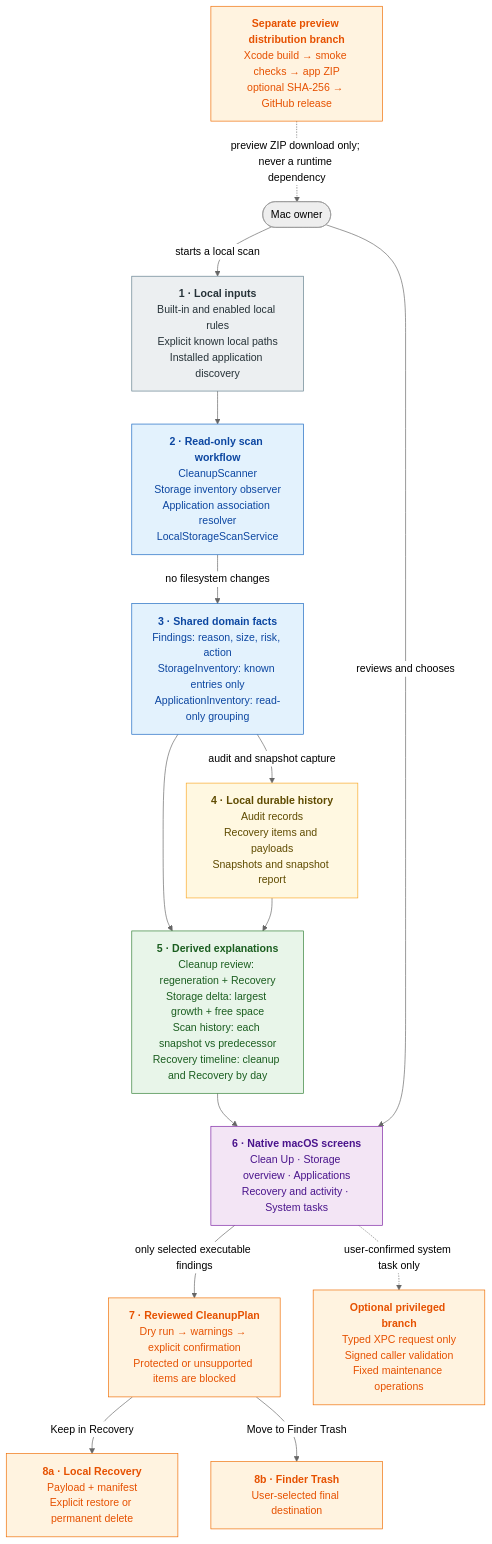
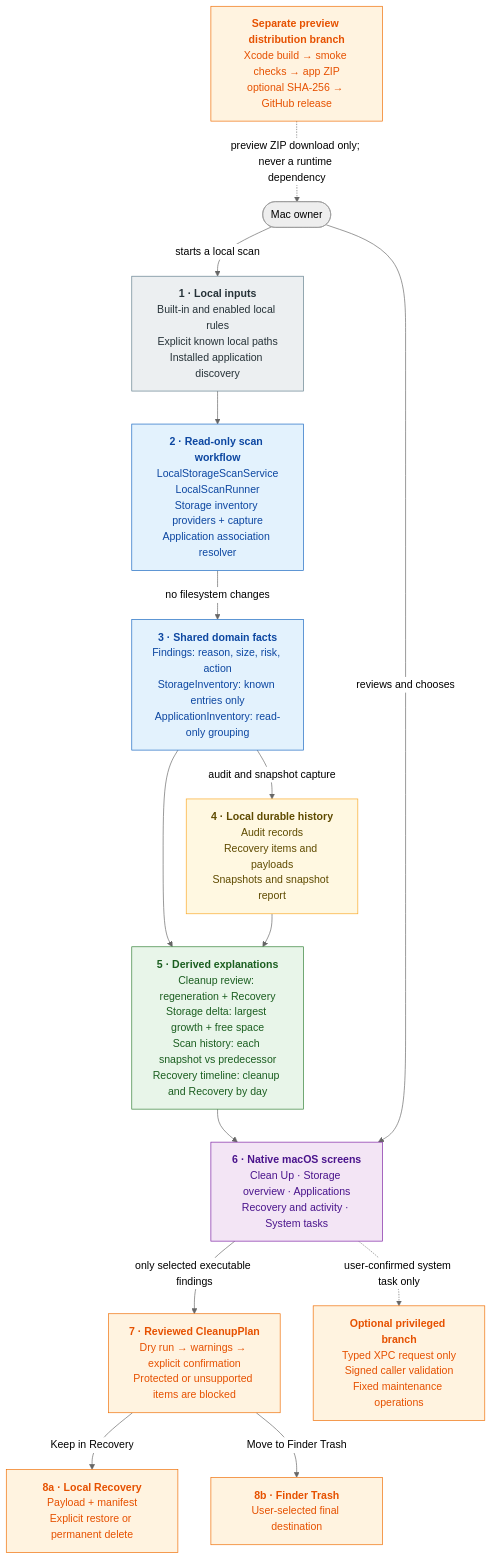
Before and after one commit to IanHanna12/secondWind: the diagram in Docs/ARCHITECTURE.md, drawn with Mermaid (neutral theme). The commit also changed 30 other files, not shown here.

````diff
--- a/Docs/ARCHITECTURE.md
+++ b/Docs/ARCHITECTURE.md
@@ -6,52 +6,52 @@
 ```mermaid
 flowchart TB
     Person([Mac owner])
 
     Input["<b>1 · Local inputs</b><br/>Built-in and enabled local rules<br/>Explicit known local paths<br/>Installed application discovery"]
 
-    Scan["<b>2 · Read-only scan workflow</b><br/>CleanupScanner<br/>Storage inventory observer<br/>Application association resolver<br/>LocalStorageScanService"]
+    Scan["<b>2 · Read-only scan workflow</b><br/>LocalStorageScanService<br/>LocalScanRunner<br/>Storage inventory providers + capture<br/>Application association resolver"]
 
     Facts["<b>3 · Shared domain facts</b><br/>Findings: reason, size, risk, action<br/>StorageInventory: known entries only<br/>ApplicationInventory: read-only grouping"]
 
     History["<b>4 · Local durable history</b><br/>Audit records<br/>Recovery items and payloads<br/>Snapshots and snapshot report"]
 
     ReadModels["<b>5 · Derived explanations</b><br/>Cleanup review: regeneration + Recovery<br/>Storage delta: largest growth + free space<br/>Scan history: each snapshot vs predecessor<br/>Recovery timeline: cleanup and Recovery by day"]
 
     Screens["<b>6 · Native macOS screens</b><br/>Clean Up · Storage overview · Applications<br/>Recovery and activity · System tasks"]
 
     Plan["<b>7 · Reviewed CleanupPlan</b><br/>Dry run → warnings → explicit confirmation<br/>Protected or unsupported items are blocked"]
 
     Recovery["<b>8a · Local Recovery</b><br/>Payload + manifest<br/>Explicit restore or permanent delete"]
     Trash["<b>8b · Finder Trash</b><br/>User-selected final destination"]
 
     Helper["<b>Optional privileged branch</b><br/>Typed XPC request only<br/>Signed caller validation<br/>Fixed maintenance operations"]
 
     Release["<b>Separate preview distribution branch</b><br/>Xcode build → smoke checks → app ZIP<br/>optional SHA-256 → GitHub release"]
 
     Person -->|starts a local scan| Input
     Input --> Scan
     Scan -->|no filesystem changes| Facts
     Facts -->|audit and snapshot capture| History
     Facts --> ReadModels
     History --> ReadModels
     ReadModels --> Screens
     Person -->|reviews and chooses| Screens
     Screens -->|only selected executable findings| Plan
     Plan -->|Keep in Recovery| Recovery
     Plan -->|Move to Finder Trash| Trash
     Screens -. user-confirmed system task only .-> Helper
     Release -. preview ZIP download only; never a runtime dependency .-> Person
 
     classDef input fill:#eceff1,stroke:#607d8b,color:#263238
     classDef workflow fill:#e3f2fd,stroke:#1565c0,color:#0d47a1
     classDef stored fill:#fff8e1,stroke:#f9a825,color:#5f4b00
     classDef derived fill:#e8f5e9,stroke:#2e7d32,color:#1b5e20
     classDef ui fill:#f3e5f5,stroke:#7b1fa2,color:#4a148c
     classDef action fill:#fff3e0,stroke:#ef6c00,color:#e65100
     class Input input
     class Scan,Facts workflow
     class History stored
     class ReadModels derived
     class Screens ui
     class Plan,Recovery,Trash,Helper,Release action
 ```
````
